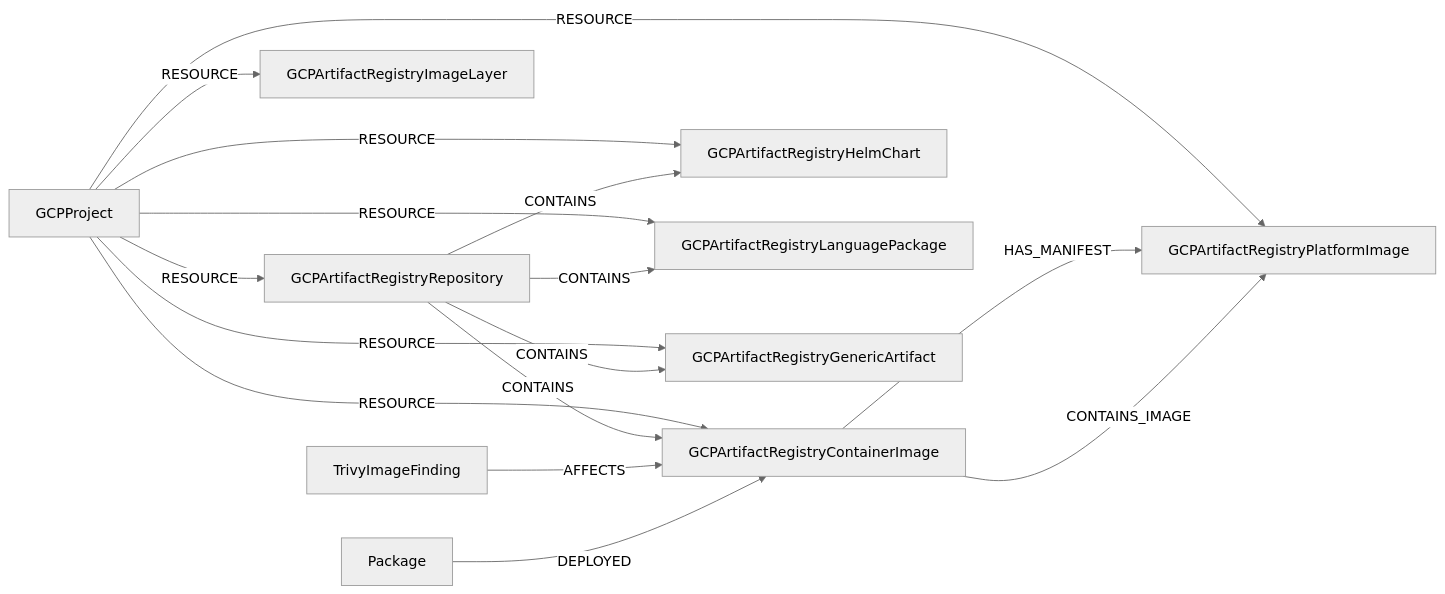
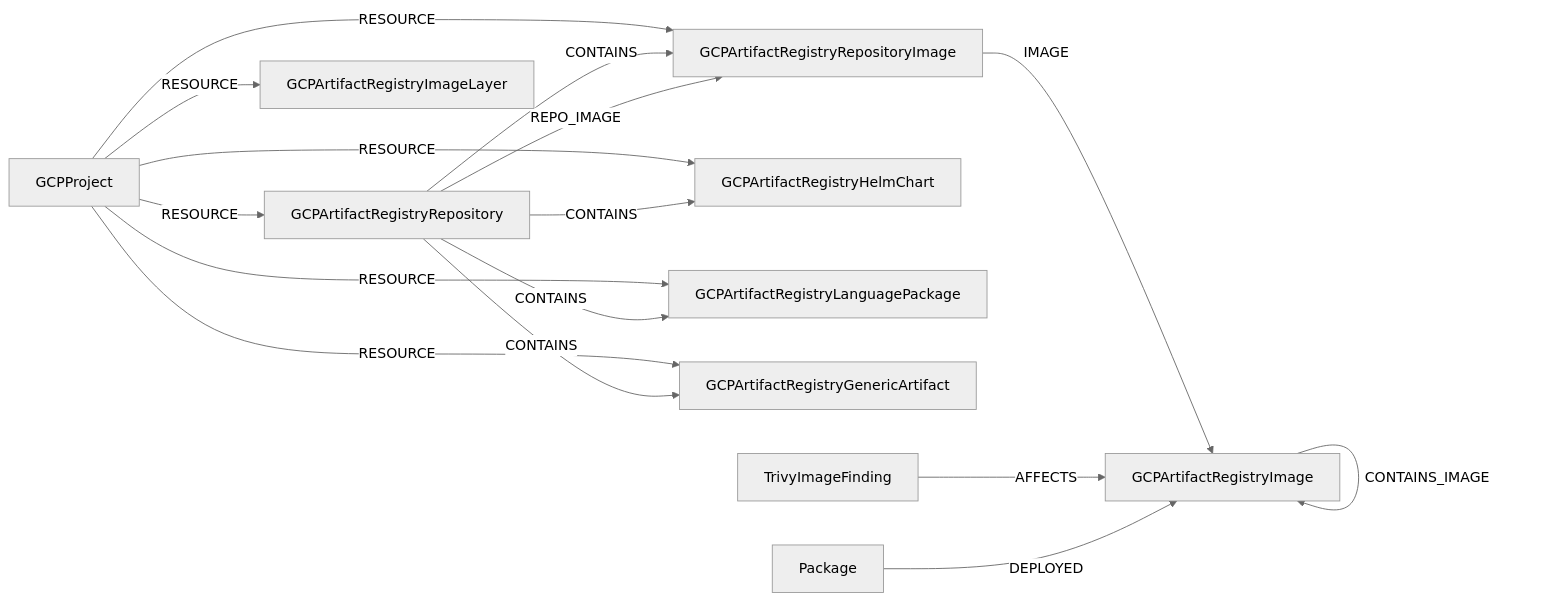
One commit to sec-js/cartography changed the first of 2 diagrams in docs/root/modules/gcp/schema.md. Above: the diagram before and after it, drawn with Mermaid (neutral theme). The commit also changed other lines of this file and 41 other files, not shown here.

````diff
--- a/docs/root/modules/gcp/schema.md
+++ b/docs/root/modules/gcp/schema.md
@@ -1595,29 +1595,29 @@
 ```mermaid
 graph LR
     Project[GCPProject]
     Repository[GCPArtifactRegistryRepository]
-    ContainerImage[GCPArtifactRegistryContainerImage]
+    RepositoryImage[GCPArtifactRegistryRepositoryImage]
+    Image[GCPArtifactRegistryImage]
     HelmChart[GCPArtifactRegistryHelmChart]
     LanguagePackage[GCPArtifactRegistryLanguagePackage]
     GenericArtifact[GCPArtifactRegistryGenericArtifact]
-    PlatformImage[GCPArtifactRegistryPlatformImage]
     ImageLayer[GCPArtifactRegistryImageLayer]
     TrivyFinding[TrivyImageFinding]
     Package[Package]
 
     Project -->|RESOURCE| Repository
-    Project -->|RESOURCE| ContainerImage
+    Project -->|RESOURCE| RepositoryImage
     Project -->|RESOURCE| HelmChart
     Project -->|RESOURCE| LanguagePackage
     Project -->|RESOURCE| GenericArtifact
-    Project -->|RESOURCE| PlatformImage
     Project -->|RESOURCE| ImageLayer
-    Repository -->|CONTAINS| ContainerImage
+    Repository -->|CONTAINS| RepositoryImage
+    Repository -->|REPO_IMAGE| RepositoryImage
     Repository -->|CONTAINS| HelmChart
     Repository -->|CONTAINS| LanguagePackage
     Repository -->|CONTAINS| GenericArtifact
-    ContainerImage -->|HAS_MANIFEST| PlatformImage
-    ContainerImage -->|CONTAINS_IMAGE| PlatformImage
-    TrivyFinding -->|AFFECTS| ContainerImage
-    Package -->|DEPLOYED| ContainerImage
+    RepositoryImage -->|IMAGE| Image
+    Image -->|CONTAINS_IMAGE| Image
+    TrivyFinding -->|AFFECTS| Image
+    Package -->|DEPLOYED| Image
 ```
````
